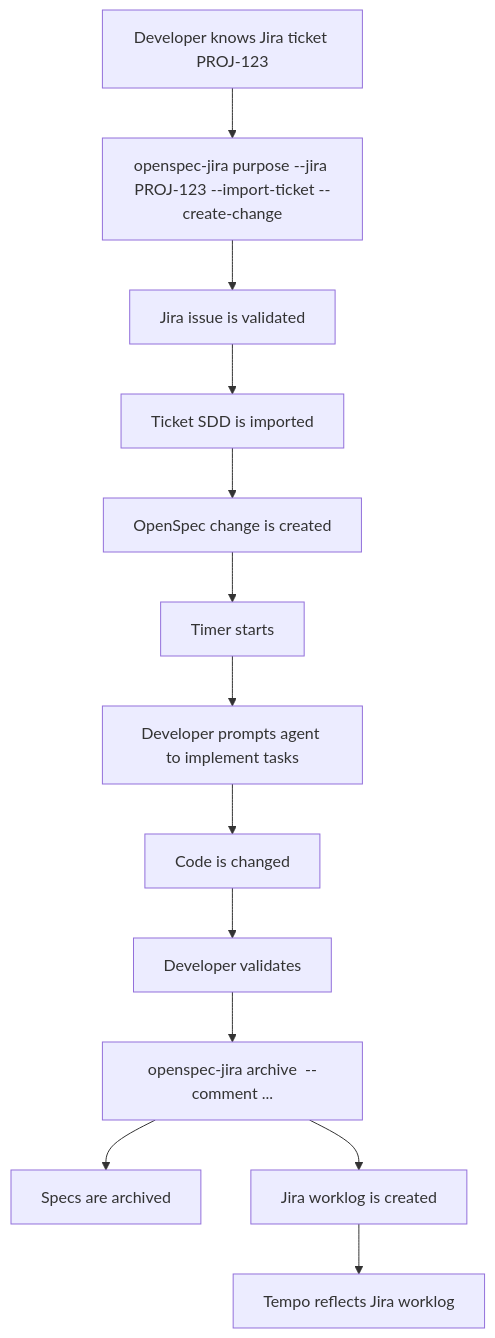
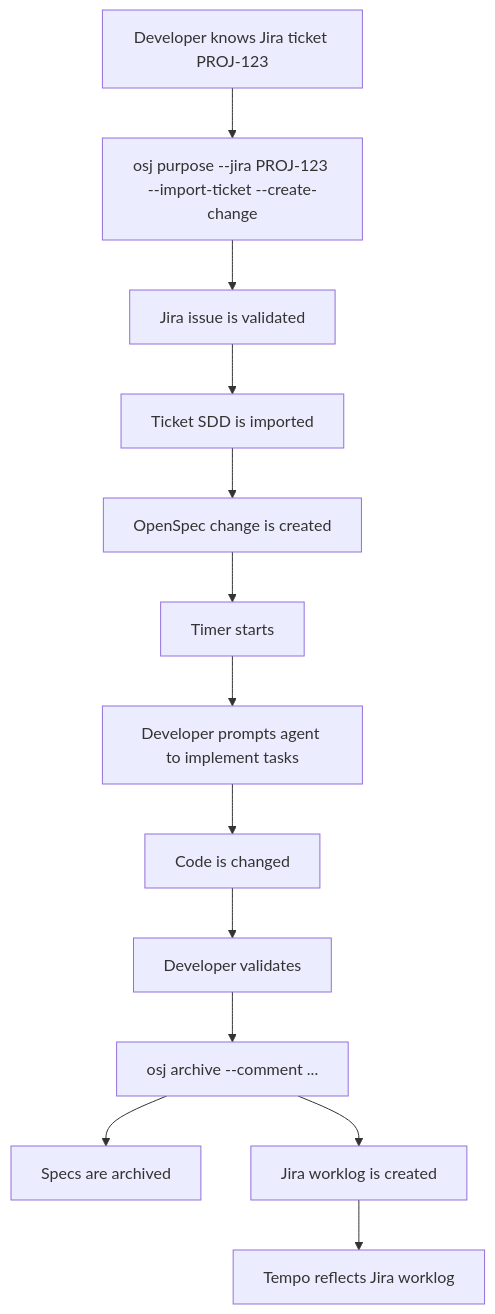
Before and after one commit to embrana/AutomateIA: the diagram in docs/demo-jira-tempo-happy-path.md, drawn with Mermaid. The commit also changed other lines of this file and 30 other files, not shown here.

````diff
--- a/docs/demo-jira-tempo-happy-path.md
+++ b/docs/demo-jira-tempo-happy-path.md
@@ -101,15 +101,15 @@
 ```mermaid
 flowchart TD
-    A["Developer knows Jira ticket PROJ-123"] --> B["openspec-jira purpose --jira PROJ-123 --import-ticket --create-change"]
+    A["Developer knows Jira ticket PROJ-123"] --> B["osj purpose --jira PROJ-123 --import-ticket --create-change"]
     B --> C["Jira issue is validated"]
     C --> D["Ticket SDD is imported"]
     D --> E["OpenSpec change is created"]
     E --> F["Timer starts"]
     F --> G["Developer prompts agent to implement tasks"]
     G --> H["Code is changed"]
     H --> I["Developer validates"]
-    I --> J["openspec-jira archive <change> --comment ..."]
+    I --> J["osj archive <change> --comment ..."]
     J --> K["Specs are archived"]
     J --> L["Jira worklog is created"]
     L --> M["Tempo reflects Jira worklog"]
 ```
````
